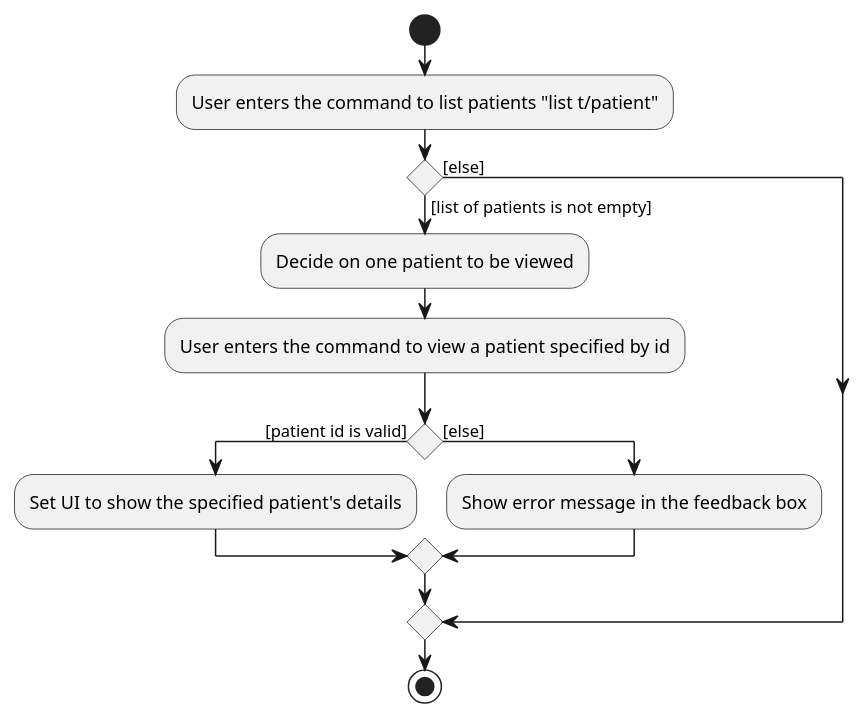
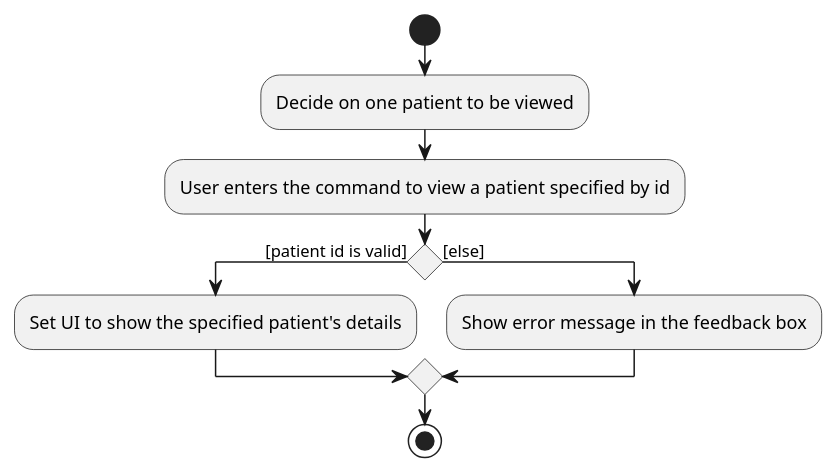
Before and after one commit to simonjulianl/tp: the diagram in docs/diagrams/ViewCommandActivityDiagram.puml, drawn with PlantUML. The commit also changed 3 other files, not shown here.

```diff
--- a/docs/diagrams/ViewCommandActivityDiagram.puml
+++ b/docs/diagrams/ViewCommandActivityDiagram.puml
@@ -1,19 +1,14 @@
 @startuml
 start
-:User enters the command to list patients "list t/patient";
 
 'Since the beta syntax does not support placing the condition outside the
 'diamond we place it as the true branch instead.
-
-if () then ([list of patients is not empty])
 :Decide on one patient to be viewed;
 :User enters the command to view a patient specified by id;
     if () then ([patient id is valid])
         :Set UI to show the specified patient's details;
     else ([else])
         :Show error message in the feedback box;
     endif
-else ([else])
-endif
 stop
 @enduml
```
